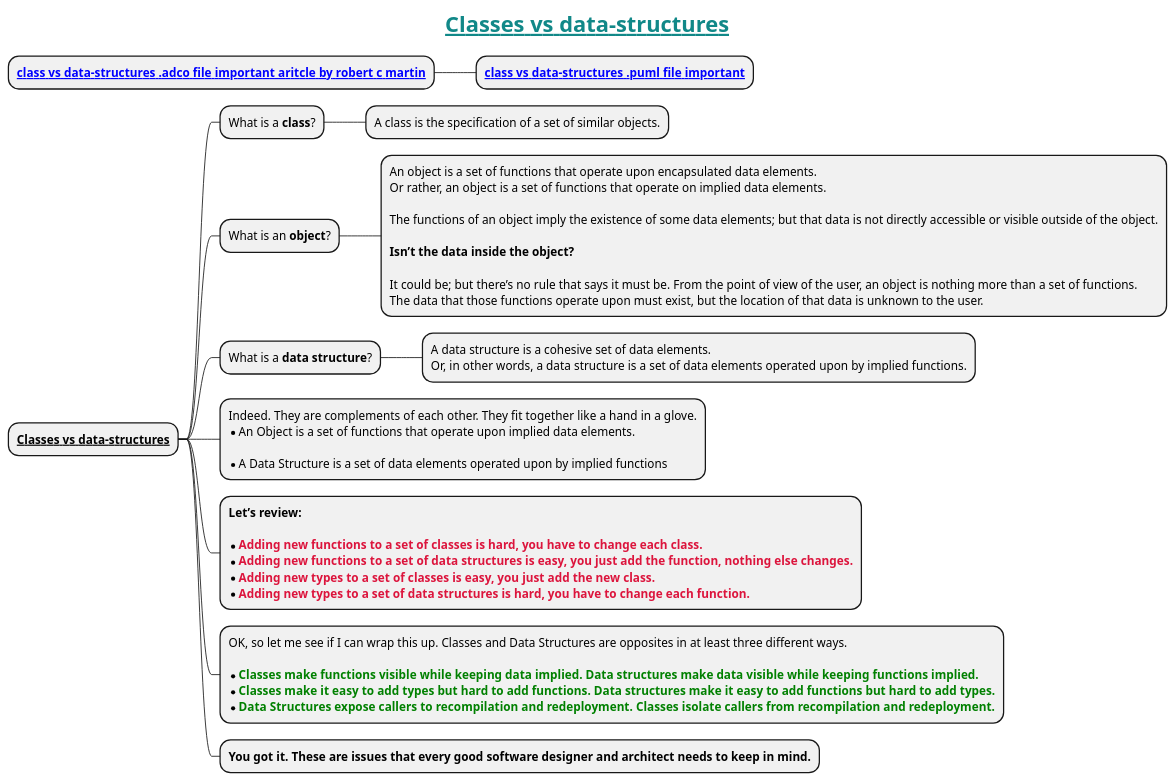
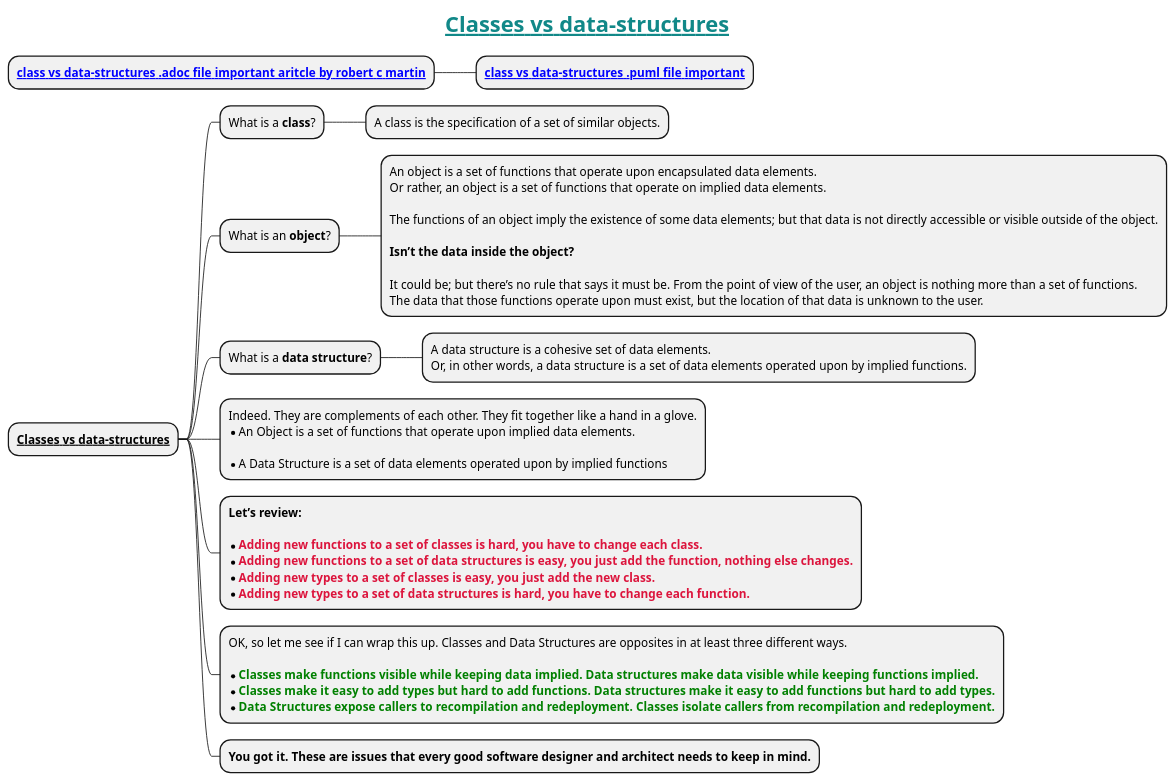
Before and after one commit to MehmoodHashmi/Documentation-as-Code-DaC: the diagram in docs/books/1-books-backlog/data-structure-and-algorithm/classes-vs-data-structures.puml, drawn with PlantUML. The commit also changed 7 other files, not shown here.

```diff
--- a/docs/books/1-books-backlog/data-structure-and-algorithm/classes-vs-data-structures.puml
+++ b/docs/books/1-books-backlog/data-structure-and-algorithm/classes-vs-data-structures.puml
@@ -1,46 +1,46 @@
 @startmindmap
 title = <color #118888>__Classes vs data-structures__</color>
 
-* **[[docs/books/1-books-backlog/data-structure-and-algorithm/classes-vs-data-structres.adoc class vs data-structures .adco file important aritcle by robert c martin]]**
+* **[[docs/books/1-books-backlog/data-structure-and-algorithm/classes-vs-data-structres.adoc class vs data-structures .adoc file important aritcle by robert c martin]]**
 ** **[[docs/books/1-books-backlog/data-structure-and-algorithm/Data-Structures-and-Classes.puml class vs data-structures .puml file important]]**
 
 * **__Classes vs data-structures__**
 ** What is a **class**?
 *** A class is the specification of a set of similar objects.
 ** What is an **object**?
 
 ***:An object is a set of functions that operate upon encapsulated data elements.
 Or rather, an object is a set of functions that operate on implied data elements.
 
 The functions of an object imply the existence of some data elements; but that data is not directly accessible or visible outside of the object.
 
 **Isn’t the data inside the object?**
 
 It could be; but there’s no rule that says it must be. From the point of view of the user, an object is nothing more than a set of functions.
 The data that those functions operate upon must exist, but the location of that data is unknown to the user.;
 
 ** What is a **data structure**?
 ***:A data structure is a cohesive set of data elements.
 Or, in other words, a data structure is a set of data elements operated upon by implied functions.;
 
 **:Indeed. They are complements of each other. They fit together like a hand in a glove.
 * An Object is a set of functions that operate upon implied data elements.
 
 * A Data Structure is a set of data elements operated upon by implied functions;
 
 **:**Let’s review:**
 
 * <color #crimson>**Adding new functions to a set of classes is hard, you have to change each class.**</color>
 * <color #crimson>**Adding new functions to a set of data structures is easy, you just add the function, nothing else changes.**</color>
 * <color #crimson>**Adding new types to a set of classes is easy, you just add the new class.**</color>
 * <color #crimson>**Adding new types to a set of data structures is hard, you have to change each function.**</color>;
 
 **:OK, so let me see if I can wrap this up. Classes and Data Structures are opposites in at least three different ways.
 
 * <color #green>**Classes make functions visible while keeping data implied. Data structures make data visible while keeping functions implied.**</color>
 * <color #green>**Classes make it easy to add types but hard to add functions. Data structures make it easy to add functions but hard to add types.**</color>
 * <color #green>**Data Structures expose callers to recompilation and redeployment. Classes isolate callers from recompilation and redeployment.**</color>;
 
 ** **You got it. These are issues that every good software designer and architect needs to keep in mind.**
 
 @endmindmap
```
